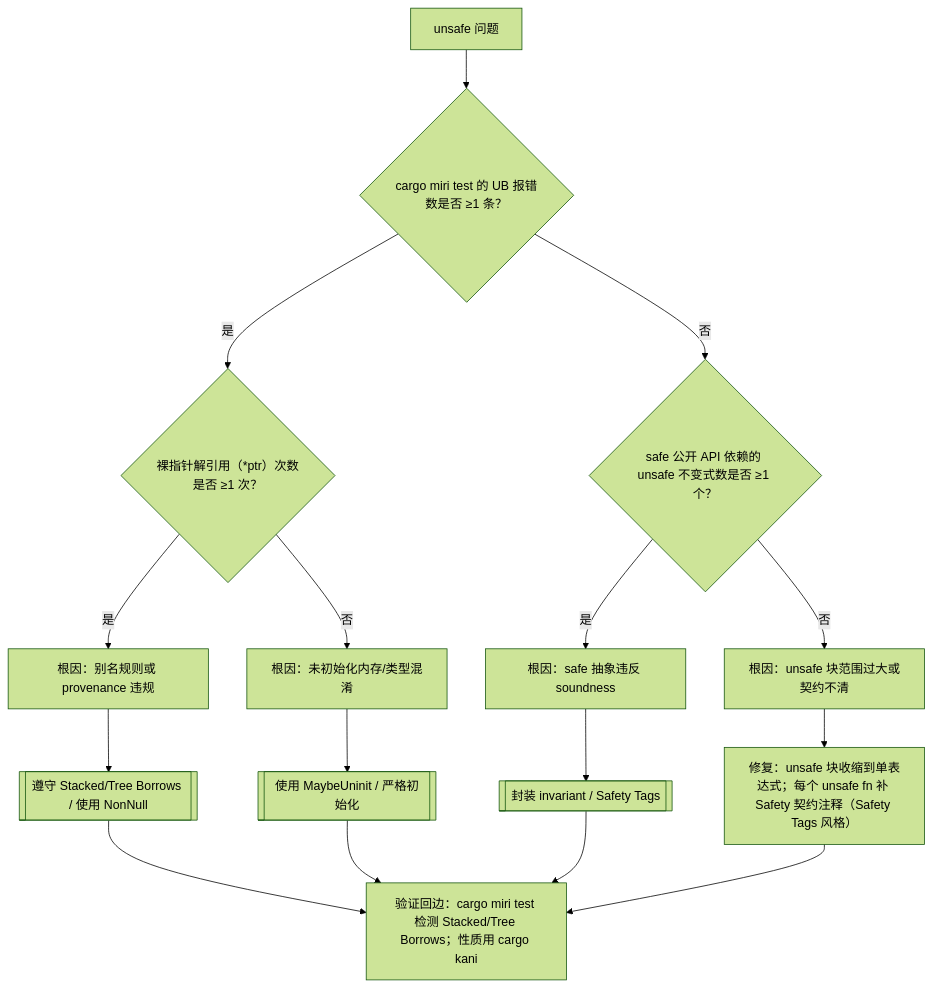
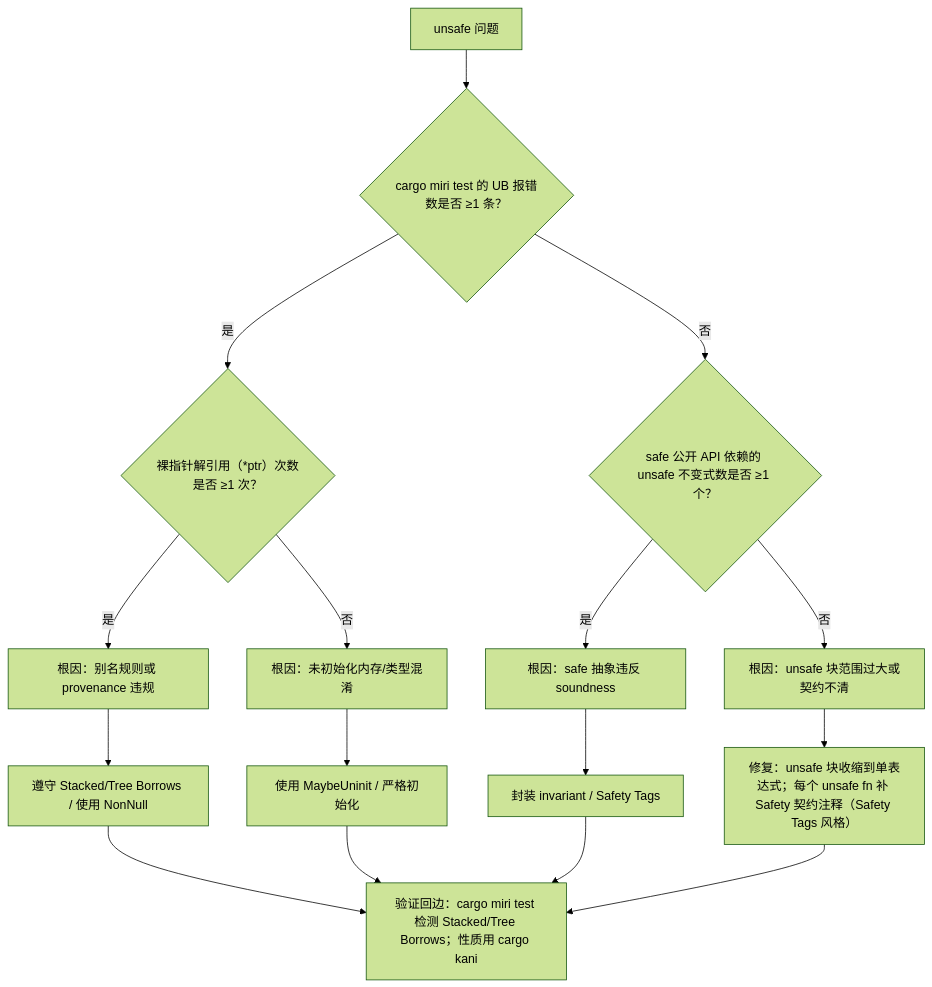
Before and after one commit to martin-ly/rust-lang: the fifth of 6 diagrams in concept/00_meta/knowledge_topology/09_reasoning_judgment_tree_atlas.md, drawn with Mermaid (forest theme). The commit also changed other lines of this file and 78 other files, not shown here.

````diff
--- a/concept/00_meta/knowledge_topology/09_reasoning_judgment_tree_atlas.md
+++ b/concept/00_meta/knowledge_topology/09_reasoning_judgment_tree_atlas.md
@@ -138,18 +138,18 @@
 ```mermaid
 flowchart TD
     U[unsafe 问题] --> Q1{"cargo miri test 的 UB 报错数是否 ≥1 条？"}
     Q1 -->|是| Q2{"裸指针解引用（*ptr）次数是否 ≥1 次？"}
     Q2 -->|是| R1[根因：别名规则或 provenance 违规]
     Q2 -->|否| R2[根因：未初始化内存/类型混淆]
     Q1 -->|否| Q3{"safe 公开 API 依赖的 unsafe 不变式数是否 ≥1 个？"}
     Q3 -->|是| R3[根因：safe 抽象违反 soundness]
     Q3 -->|否| R4[根因：unsafe 块范围过大或契约不清]
-    R1 --> F1[[遵守 Stacked/Tree Borrows / 使用 NonNull]]
-    R2 --> F2[[使用 MaybeUninit / 严格初始化]]
-    R3 --> F3[[封装 invariant / Safety Tags]]
+    R1 --> F1[遵守 Stacked/Tree Borrows / 使用 NonNull]
+    R2 --> F2[使用 MaybeUninit / 严格初始化]
+    R3 --> F3[封装 invariant / Safety Tags]
     R4 --> F4[修复：unsafe 块收缩到单表达式；每个 unsafe fn 补 Safety 契约注释（Safety Tags 风格）]
     F1 --> V5[验证回边：cargo miri test 检测 Stacked/Tree Borrows；性质用 cargo kani]
     F2 --> V5
     F3 --> V5
     F4 --> V5
 ```
````
